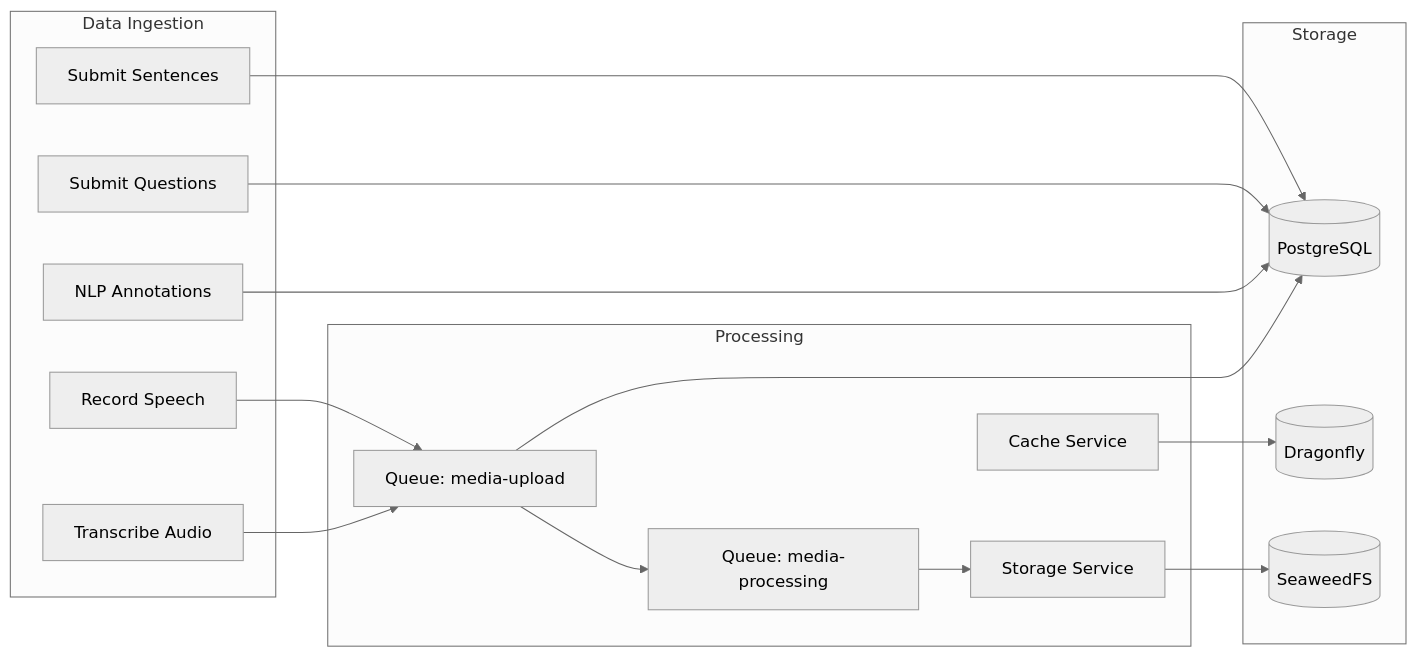
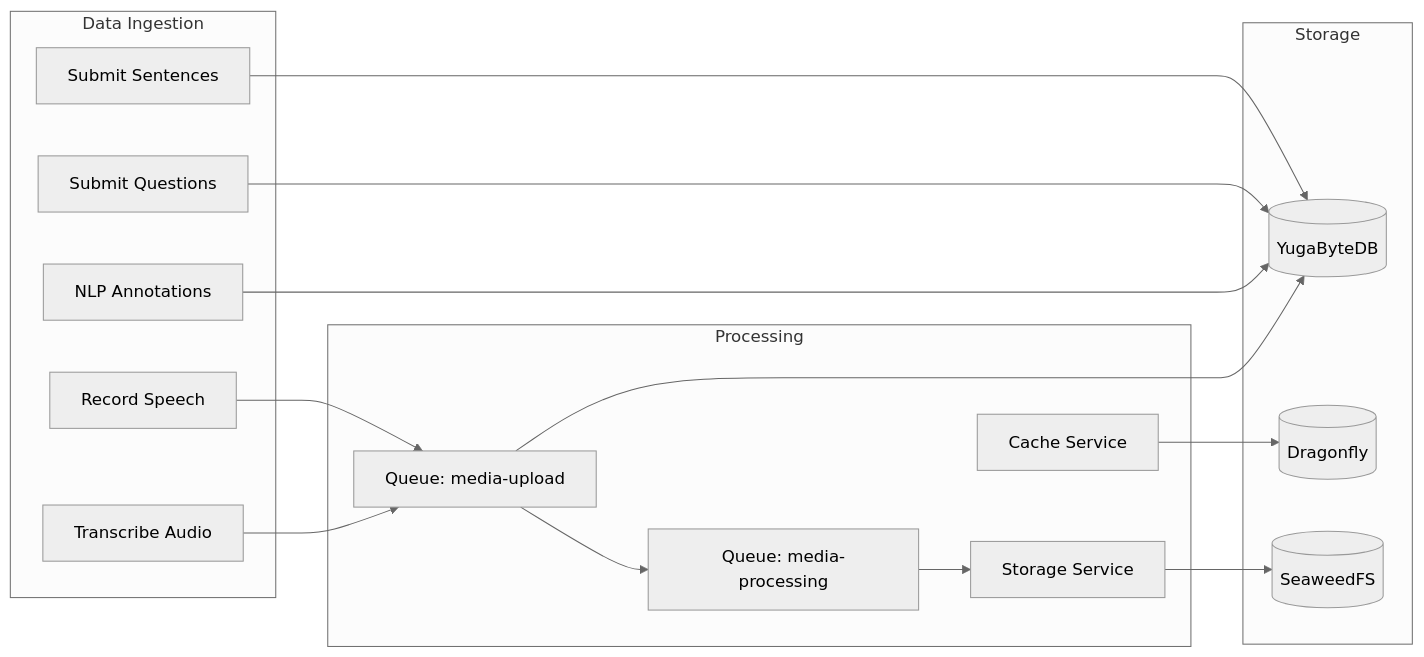
One commit to ai4lril/ai4lril.github.io changed the second of 5 diagrams in Architecture.md. Above: the diagram before and after it, drawn with Mermaid (neutral theme). The commit also changed other lines of this file and 29 other files, not shown here.

````diff
--- a/Architecture.md
+++ b/Architecture.md
@@ -136,34 +136,34 @@
 ```mermaid
 flowchart LR
     subgraph Ingest["Data Ingestion"]
         A1[Record Speech]
         A2[Submit Sentences]
         A3[Submit Questions]
         A4[Transcribe Audio]
         A5[NLP Annotations]
     end
 
     subgraph Process["Processing"]
         B1[Queue: media-upload]
         B2[Queue: media-processing]
         B3[Storage Service]
         B4[Cache Service]
     end
 
     subgraph Store["Storage"]
-        C1[(PostgreSQL)]
+        C1[(YugaByteDB)]
         C2[(Dragonfly)]
         C3[(SeaweedFS)]
     end
 
     A1 --> B1
     A2 --> C1
     A3 --> C1
     A4 --> B1
     A5 --> C1
     B1 --> B2
     B2 --> B3
     B3 --> C3
     B4 --> C2
     B1 --> C1
 ```
````
